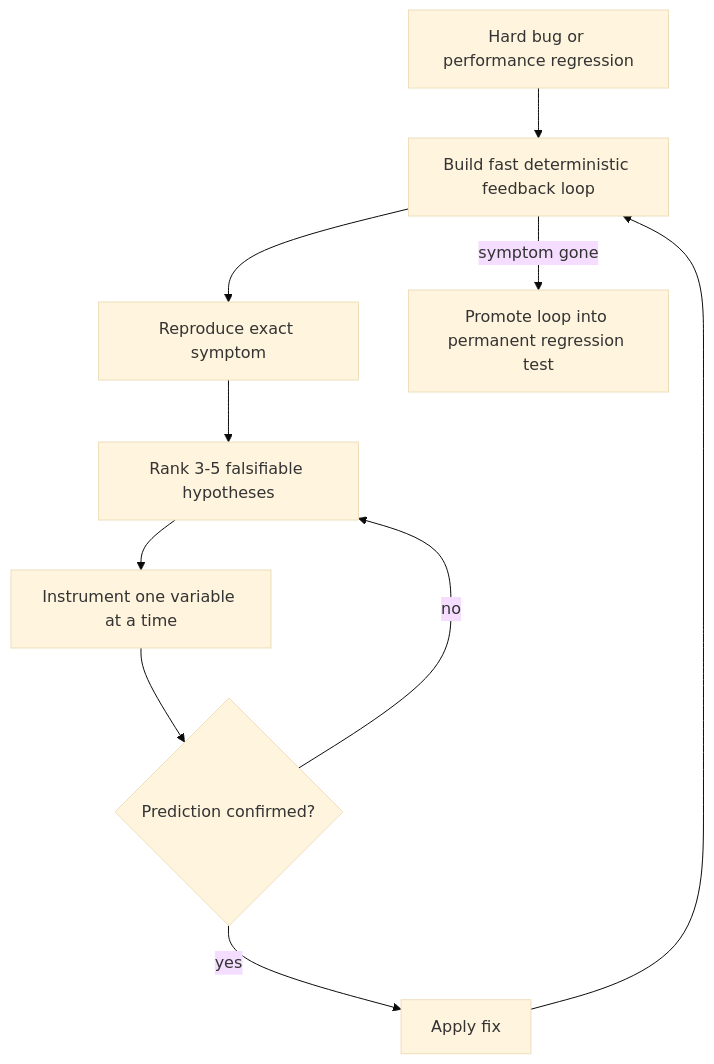
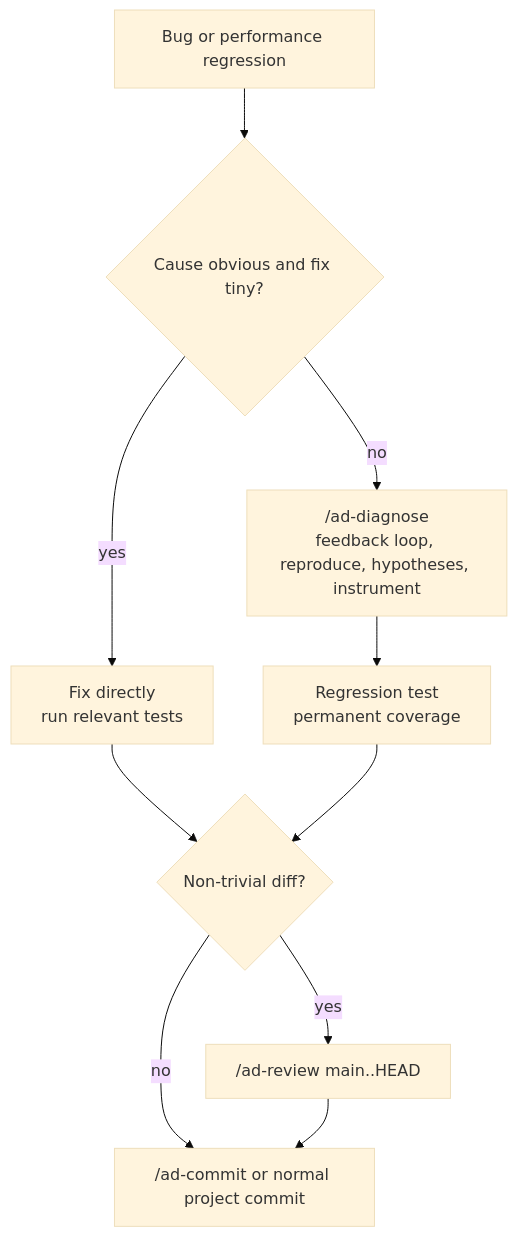
The seventh of 9 diagrams in WORKFLOW-FLOWS.md (alexandremendoncaalvaro/agentic-development), drawn with Mermaid (base theme) before and after one commit. The commit also changed other lines of this file, not shown here.

First line of the commit message:
docs(workflow): route flows by installed skill scenario

````diff
--- a/WORKFLOW-FLOWS.md
+++ b/WORKFLOW-FLOWS.md
@@ -193,21 +260,21 @@
 ```mermaid
 flowchart TD
-    Bug["Hard bug or performance regression"]
-    Loop["Build fast deterministic feedback loop"]
-    Repro["Reproduce exact symptom"]
-    Hypotheses["Rank 3-5 falsifiable hypotheses"]
-    Instrument["Instrument one variable at a time"]
-    Prediction{"Prediction confirmed?"}
-    Fix["Apply fix"]
-    Regression["Promote loop into permanent regression test"]
+    Symptom["Bug or performance regression"]
+    Obvious{"Cause obvious and fix tiny?"}
+    Direct["Fix directly<br>run relevant tests"]
+    Diagnose["/ad-diagnose<br>feedback loop, reproduce, hypotheses, instrument"]
+    Regression["Regression test<br>permanent coverage"]
+    Review{"Non-trivial diff?"}
+    AdReview["/ad-review main..HEAD"]
+    Commit["/ad-commit or normal project commit"]
 
-    Bug --> Loop
-    Loop --> Repro
-    Repro --> Hypotheses
-    Hypotheses --> Instrument
-    Instrument --> Prediction
-    Prediction -->|no| Hypotheses
-    Prediction -->|yes| Fix
-    Fix --> Loop
-    Loop -->|symptom gone| Regression
+    Symptom --> Obvious
+    Obvious -->|yes| Direct
+    Obvious -->|no| Diagnose
+    Diagnose --> Regression
+    Direct --> Review
+    Regression --> Review
+    Review -->|yes| AdReview
+    Review -->|no| Commit
+    AdReview --> Commit
 ```
````
